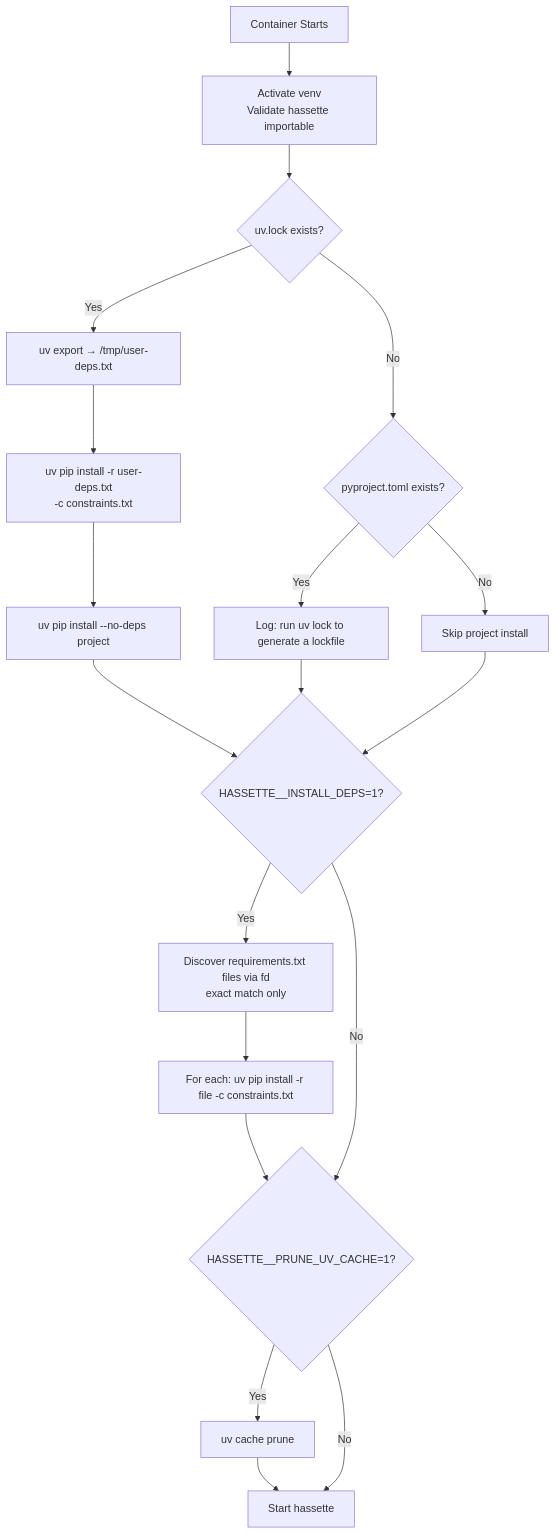
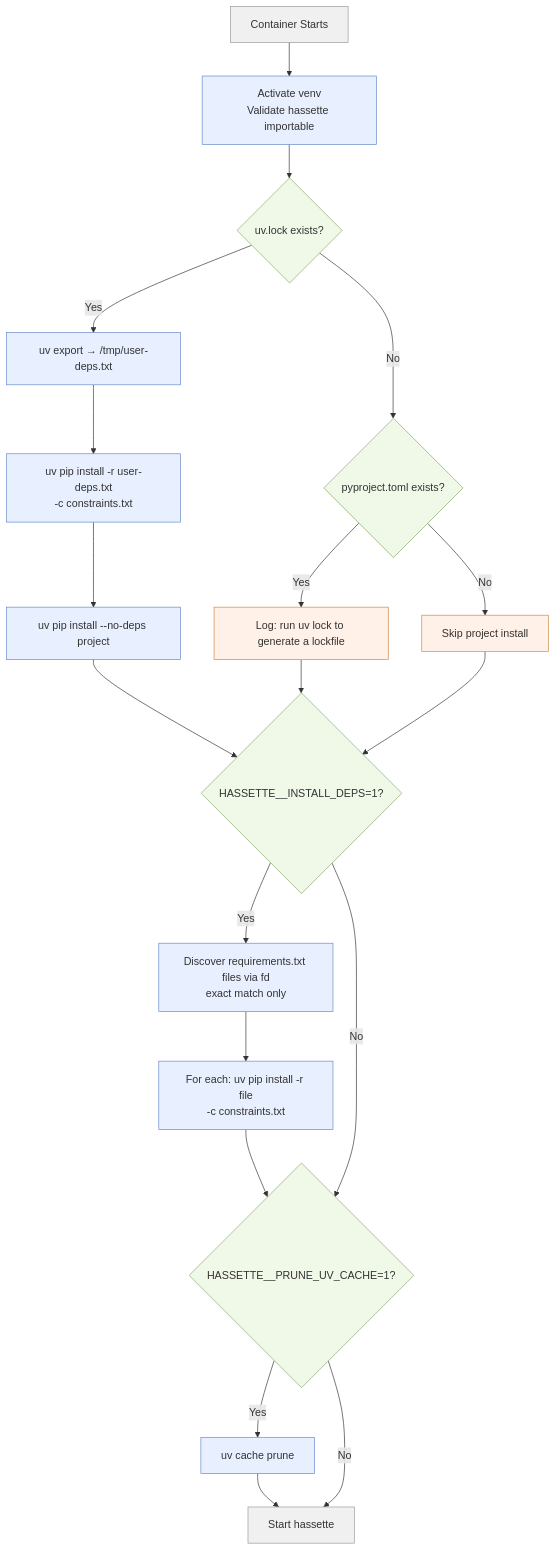
The diagram in docs/pages/getting-started/docker/snippets/deps-startup-flow.mmd (NodeJSmith/hassette), drawn with Mermaid before and after one commit. The commit also changed 11 other files, not shown here.

First line of the commit message:
docs: add system internals page with architecture deep-dive diagrams (#605)

```diff
--- a/docs/pages/getting-started/docker/snippets/deps-startup-flow.mmd
+++ b/docs/pages/getting-started/docker/snippets/deps-startup-flow.mmd
@@ -1,19 +1,24 @@
-graph TD
-    A[Container Starts] --> B[Activate venv\nValidate hassette importable]
-    B --> C{uv.lock exists?}
-    C -->|Yes| D[uv export → /tmp/user-deps.txt]
-    D --> E[uv pip install -r user-deps.txt\n-c constraints.txt]
-    E --> F[uv pip install --no-deps project]
-    C -->|No| G{pyproject.toml exists?}
-    G -->|Yes| H[Log: run uv lock to generate a lockfile]
-    G -->|No| I[Skip project install]
-    F --> J{HASSETTE__INSTALL_DEPS=1?}
+flowchart TD
+    A[Container Starts]:::neutral --> B[Activate venv\nValidate hassette importable]:::step
+    B --> C{uv.lock exists?}:::decision
+    C -->|Yes| D[uv export → /tmp/user-deps.txt]:::step
+    D --> E[uv pip install -r user-deps.txt\n-c constraints.txt]:::step
+    E --> F[uv pip install --no-deps project]:::step
+    C -->|No| G{pyproject.toml exists?}:::decision
+    G -->|Yes| H[Log: run uv lock to generate a lockfile]:::fallback
+    G -->|No| I[Skip project install]:::fallback
+    F --> J{HASSETTE__INSTALL_DEPS=1?}:::decision
     H --> J
     I --> J
-    J -->|Yes| K[Discover requirements.txt files via fd\nexact match only]
-    K --> L[For each: uv pip install -r file -c constraints.txt]
-    L --> N{HASSETTE__PRUNE_UV_CACHE=1?}
+    J -->|Yes| K[Discover requirements.txt files via fd\nexact match only]:::step
+    K --> L[For each: uv pip install -r file\n-c constraints.txt]:::step
+    L --> N{HASSETTE__PRUNE_UV_CACHE=1?}:::decision
     J -->|No| N
-    N -->|Yes| O[uv cache prune]
-    O --> M[Start hassette]
+    N -->|Yes| O[uv cache prune]:::step
+    O --> M[Start hassette]:::neutral
     N -->|No| M
+
+    classDef neutral fill:#f0f0f0,stroke:#999,color:#333
+    classDef step fill:#e8f0ff,stroke:#6688cc,color:#333
+    classDef decision fill:#f0f8e8,stroke:#88aa66,color:#333
+    classDef fallback fill:#fff0e8,stroke:#cc8844,color:#333
```
